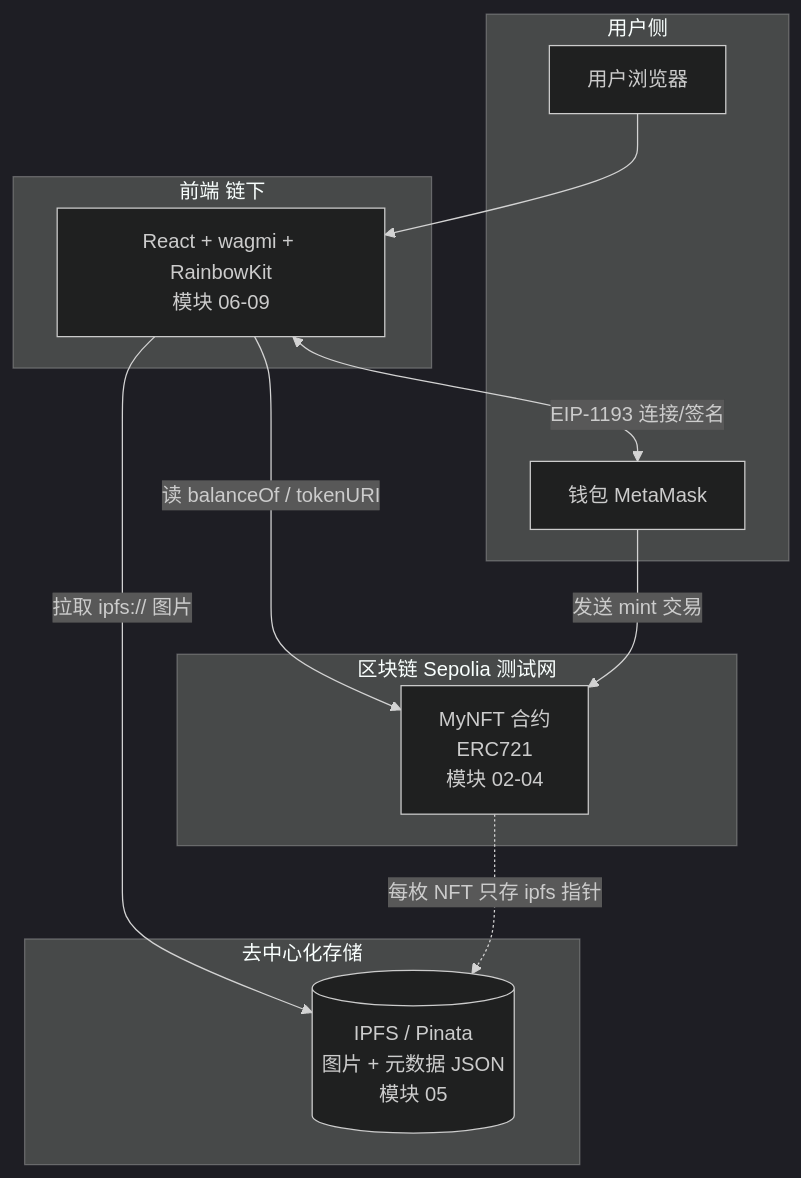
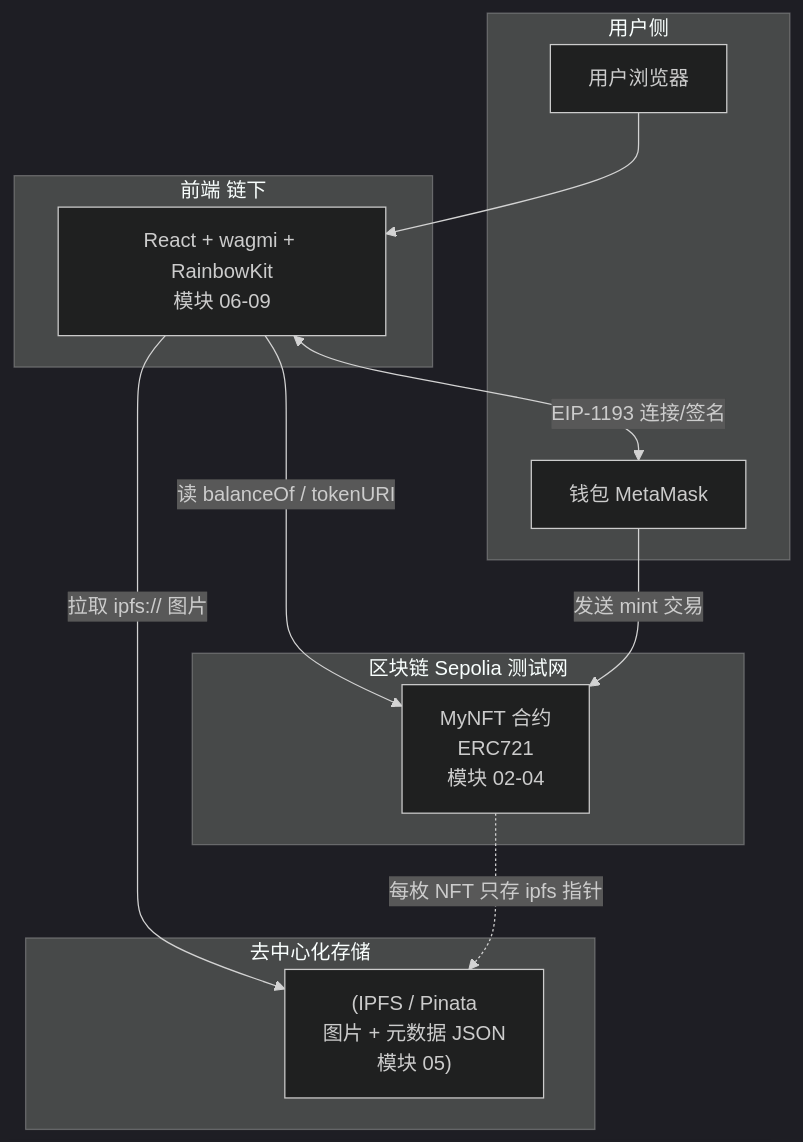
The first of 2 diagrams in 12-dapp-fullstack/01-project-architecture/README.md (boyley/web3-learning), drawn with Mermaid (dark theme) before and after one commit. The commit also changed 71 other files, not shown here.

First line of the commit message:
fix: 全库修复 Mermaid 词法错误

````diff
--- a/12-dapp-fullstack/01-project-architecture/README.md
+++ b/12-dapp-fullstack/01-project-architecture/README.md
@@ -32,26 +32,26 @@
 ```mermaid
 flowchart TB
     subgraph 用户侧
       U[用户浏览器]
       W[钱包 MetaMask]
     end
 
     subgraph 前端 链下
-      FE[React + wagmi + RainbowKit<br/>模块 06-09]
+      FE["React + wagmi + RainbowKit<br/>模块 06-09"]
     end
 
     subgraph 去中心化存储
-      IPFS[(IPFS / Pinata<br/>图片 + 元数据 JSON<br/>模块 05)]
+      IPFS["(IPFS / Pinata<br/>图片 + 元数据 JSON<br/>模块 05)"]
     end
 
     subgraph 区块链 Sepolia 测试网
-      SC[MyNFT 合约<br/>ERC721<br/>模块 02-04]
+      SC["MyNFT 合约<br/>ERC721<br/>模块 02-04"]
     end
 
     U --> FE
     FE <-->|EIP-1193 连接/签名| W
     FE -->|读 balanceOf / tokenURI| SC
     W -->|发送 mint 交易| SC
-    FE -->|拉取 ipfs:// 图片| IPFS
-    SC -.每枚 NFT 只存 ipfs 指针.-> IPFS
+    FE -->|"拉取 ipfs:// 图片"| IPFS
+    SC-.->|"每枚 NFT 只存 ipfs 指针"| IPFS
 ```
````
